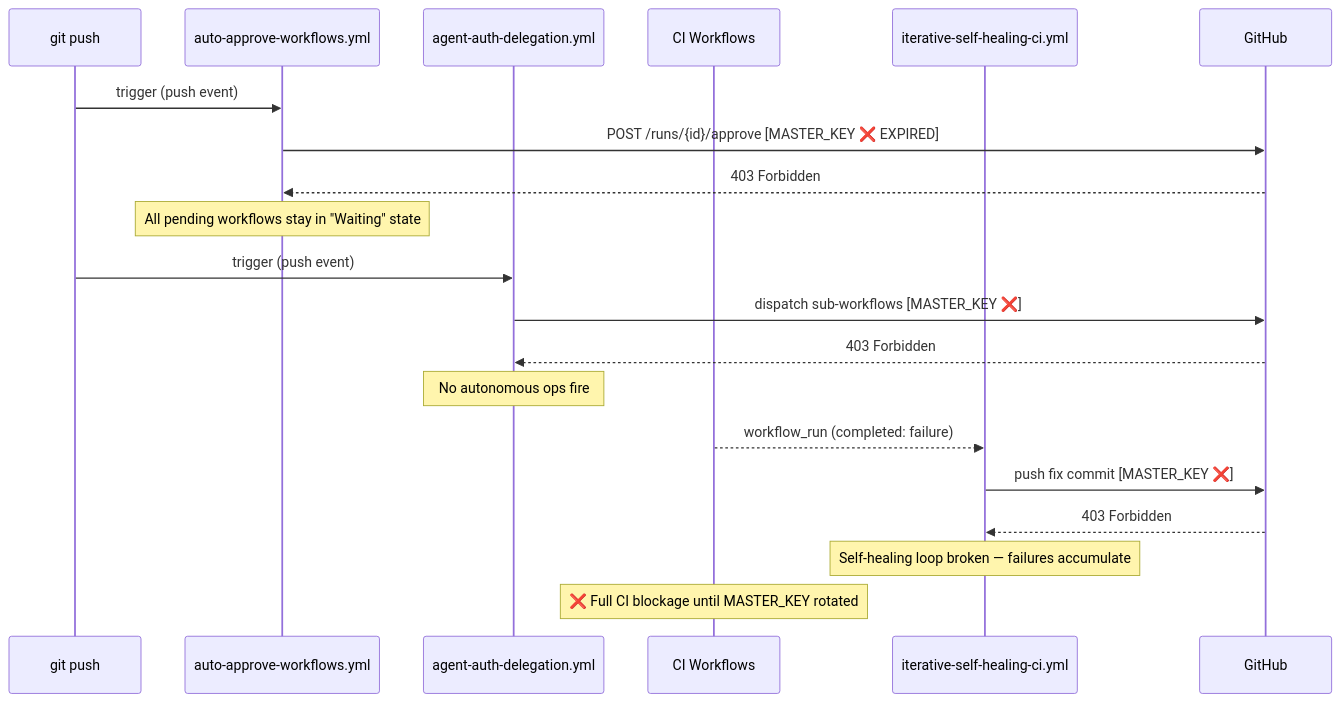
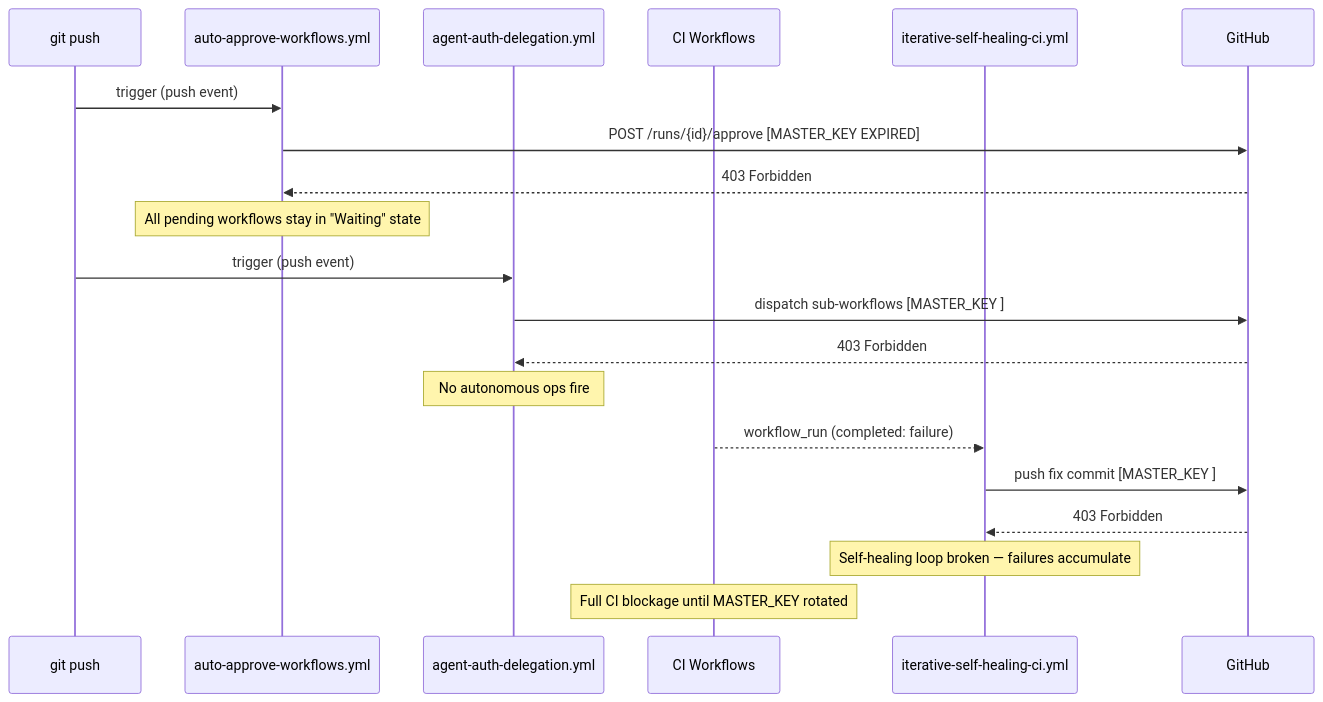
The fifth of 19 diagrams in docs/reference/ELEVATED_PRIVILEGES_TOKEN_REVIEW.md (Aries-Serpent/_codex_), drawn with Mermaid before and after one commit. The commit also changed other lines of this file and 2029 other files, not shown here.

First line of the commit message:
Publish DEPLOYMENT_GUIDE on site and remove GitHub repo links from deployed docs (#5297)

````diff
--- a/docs/reference/ELEVATED_PRIVILEGES_TOKEN_REVIEW.md
+++ b/docs/reference/ELEVATED_PRIVILEGES_TOKEN_REVIEW.md
@@ -744,23 +746,23 @@
 ```mermaid
-%%{init: {'accessibility': {'title': 'Sequence Diagram showing MASTER_KEY ❌ EXPIRED, MASTER_KEY ❌'}}%%
+%%{init: {'accessibility': {'title': 'Sequence Diagram showing MASTER_KEY  EXPIRED, MASTER_KEY '}}%%
 sequenceDiagram
     participant Push as git push
     participant AutoApprove as auto-approve-workflows.yml
     participant AgentAuth as agent-auth-delegation.yml
     participant CI as CI Workflows
     participant Healing as iterative-self-healing-ci.yml
 
     Push->>AutoApprove: trigger (push event)
-    AutoApprove->>GitHub: POST /runs/{id}/approve [MASTER_KEY ❌ EXPIRED]
+    AutoApprove->>GitHub: POST /runs/{id}/approve [MASTER_KEY  EXPIRED]
     GitHub-->>AutoApprove: 403 Forbidden
     Note over AutoApprove: All pending workflows stay in "Waiting" state
     Push->>AgentAuth: trigger (push event)
-    AgentAuth->>GitHub: dispatch sub-workflows [MASTER_KEY ❌]
+    AgentAuth->>GitHub: dispatch sub-workflows [MASTER_KEY ]
     GitHub-->>AgentAuth: 403 Forbidden
     Note over AgentAuth: No autonomous ops fire
     CI-->>Healing: workflow_run (completed: failure)
-    Healing->>GitHub: push fix commit [MASTER_KEY ❌]
+    Healing->>GitHub: push fix commit [MASTER_KEY ]
     GitHub-->>Healing: 403 Forbidden
     Note over Healing: Self-healing loop broken — failures accumulate
-    Note over CI: ❌ Full CI blockage until MASTER_KEY rotated
+    Note over CI:  Full CI blockage until MASTER_KEY rotated
 ```
````
